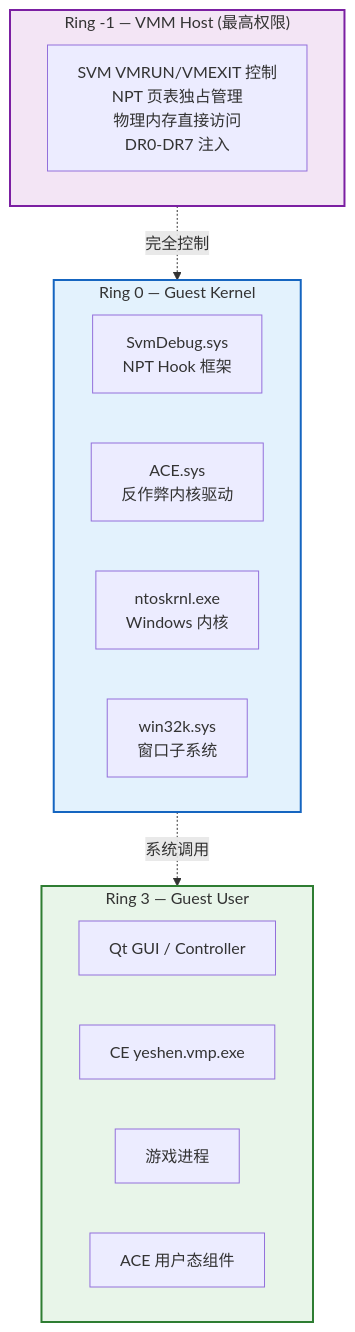
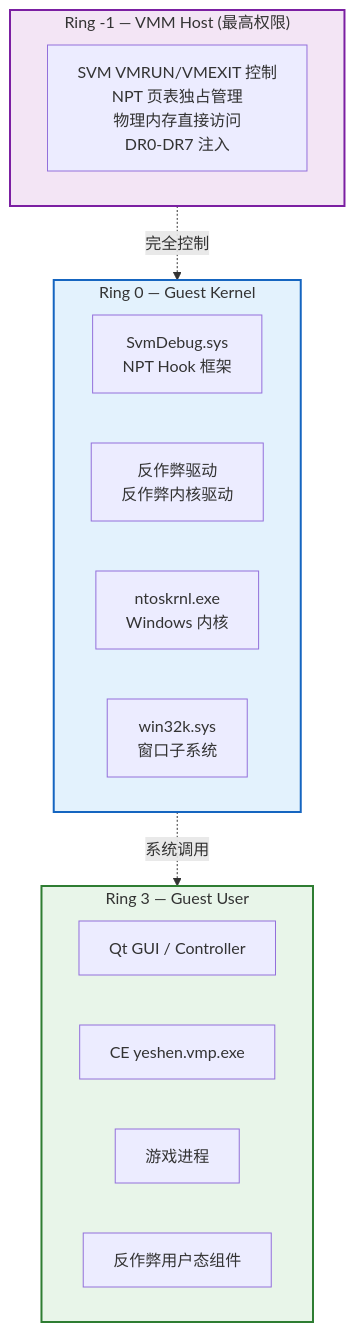
Before and after one commit to a619350644/SvmDebug: the third of 24 diagrams in SvmDebug_设计文档.md, drawn with Mermaid. The commit also changed other lines of this file, not shown here.

````diff
--- a/SvmDebug_设计文档.md
+++ b/SvmDebug_设计文档.md
@@ -166,27 +166,27 @@
 ```mermaid
 graph TB
     subgraph Ring_Neg1["Ring -1 — VMM Host (最高权限)"]
         VMM_DESC["SVM VMRUN/VMEXIT 控制<br/>NPT 页表独占管理<br/>物理内存直接访问<br/>DR0-DR7 注入"]
     end
     
     subgraph Ring0["Ring 0 — Guest Kernel"]
         SvmDebug["SvmDebug.sys<br/>NPT Hook 框架"]
-        ACE["ACE.sys<br/>反作弊内核驱动"]
+        AntiCheat["反作弊驱动<br/>反作弊内核驱动"]
         ntoskrnl["ntoskrnl.exe<br/>Windows 内核"]
         win32k["win32k.sys<br/>窗口子系统"]
     end
     
     subgraph Ring3["Ring 3 — Guest User"]
         QtApp["Qt GUI / Controller"]
         CEApp["CE yeshen.vmp.exe"]
         Game["游戏进程"]
-        ACE_R3["ACE 用户态组件"]
+        AntiCheat_R3["反作弊用户态组件"]
     end
 
     Ring_Neg1 -.->|"完全控制"| Ring0
     Ring0 -.->|"系统调用"| Ring3
 
     style Ring_Neg1 fill:#f3e5f5,stroke:#7b1fa2,stroke-width:2px
     style Ring0 fill:#e3f2fd,stroke:#1565c0,stroke-width:2px
     style Ring3 fill:#e8f5e9,stroke:#2e7d32,stroke-width:2px
 ```
````
